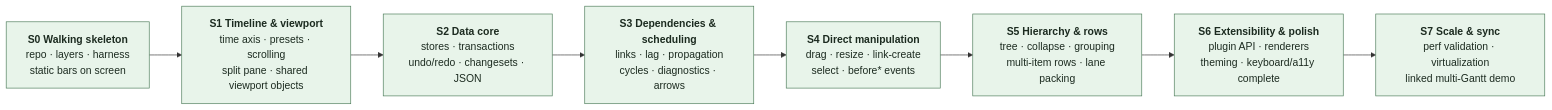
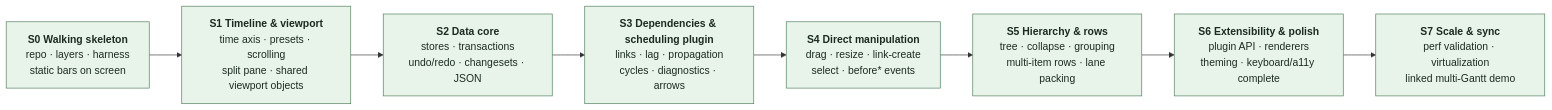
One commit to freegantt/freegantt changed the diagram in plans/00-overview.md. Above: the diagram before and after it, drawn with Mermaid. The commit also changed other lines of this file and 9 other files, not shown here.

First line of the commit message:
Scheduling is a plugin, not a core layer (#18)

````diff
--- a/plans/00-overview.md
+++ b/plans/00-overview.md
@@ -57,16 +57,16 @@
 ```mermaid
 flowchart LR
   S0["<b>S0 Walking skeleton</b><br/>repo · layers · harness<br/>static bars on screen"]
   S1["<b>S1 Timeline & viewport</b><br/>time axis · presets · scrolling<br/>split pane · shared viewport objects"]
   S2["<b>S2 Data core</b><br/>stores · transactions<br/>undo/redo · changesets · JSON"]
-  S3["<b>S3 Dependencies & scheduling</b><br/>links · lag · propagation<br/>cycles · diagnostics · arrows"]
+  S3["<b>S3 Dependencies & scheduling plugin</b><br/>links · lag · propagation<br/>cycles · diagnostics · arrows"]
   S4["<b>S4 Direct manipulation</b><br/>drag · resize · link-create<br/>select · before* events"]
   S5["<b>S5 Hierarchy & rows</b><br/>tree · collapse · grouping<br/>multi-item rows · lane packing"]
   S6["<b>S6 Extensibility & polish</b><br/>plugin API · renderers<br/>theming · keyboard/a11y complete"]
   S7["<b>S7 Scale & sync</b><br/>perf validation · virtualization<br/>linked multi-Gantt demo"]
 
   S0 --> S1 --> S2 --> S3 --> S4 --> S5 --> S6 --> S7
 
   classDef s fill:#e8f4ea,stroke:#4a7a58,color:#1c2b20
   class S0,S1,S2,S3,S4,S5,S6,S7 s
 ```
````
